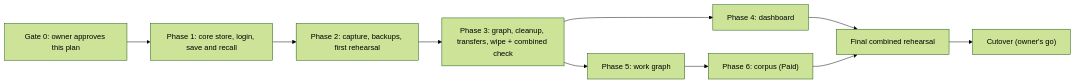
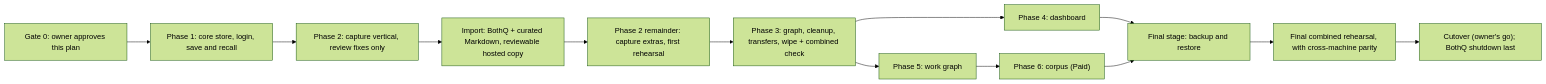
The sixth of 6 diagrams in docs/architecture.md (wrick17/agent-memory), drawn with Mermaid (forest theme) before and after one commit. The commit also changed other lines of this file and 30 other files, not shown here.

````diff
--- a/docs/architecture.md
+++ b/docs/architecture.md
@@ -1814,12 +1837,15 @@
 ```mermaid
 flowchart LR
 	G0["Gate 0: owner approves this plan"] --> P1["Phase 1: core store, login, save and recall"]
-	P1 --> P2["Phase 2: capture, backups, first rehearsal"]
+	P1 --> P2a["Phase 2: capture vertical, review fixes only"]
+	P2a --> I["Import: BothQ + curated Markdown, reviewable hosted copy"]
+	I --> P2["Phase 2 remainder: capture extras, first rehearsal"]
 	P2 --> P3["Phase 3: graph, cleanup, transfers, wipe + combined check"]
 	P3 --> P4["Phase 4: dashboard"]
 	P3 --> P5["Phase 5: work graph"]
 	P5 --> P6["Phase 6: corpus (Paid)"]
-	P4 --> R["Final combined rehearsal"]
-	P6 --> R
-	R --> C["Cutover (owner's go)"]
+	P4 --> B["Final stage: backup and restore"]
+	P6 --> B
+	B --> R["Final combined rehearsal, with cross-machine parity"]
+	R --> C["Cutover (owner's go); BothQ shutdown last"]
 ```
````
